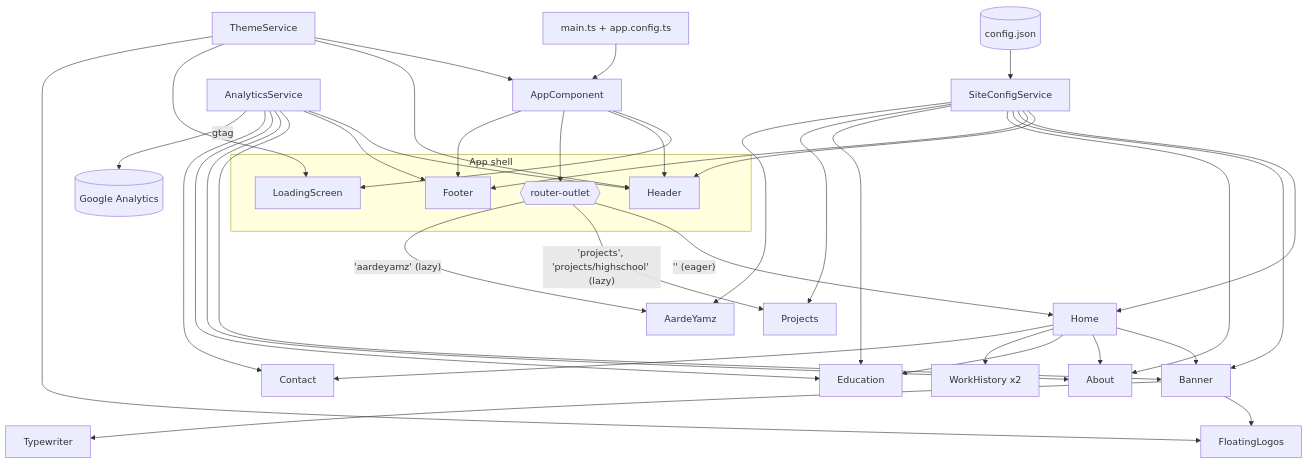
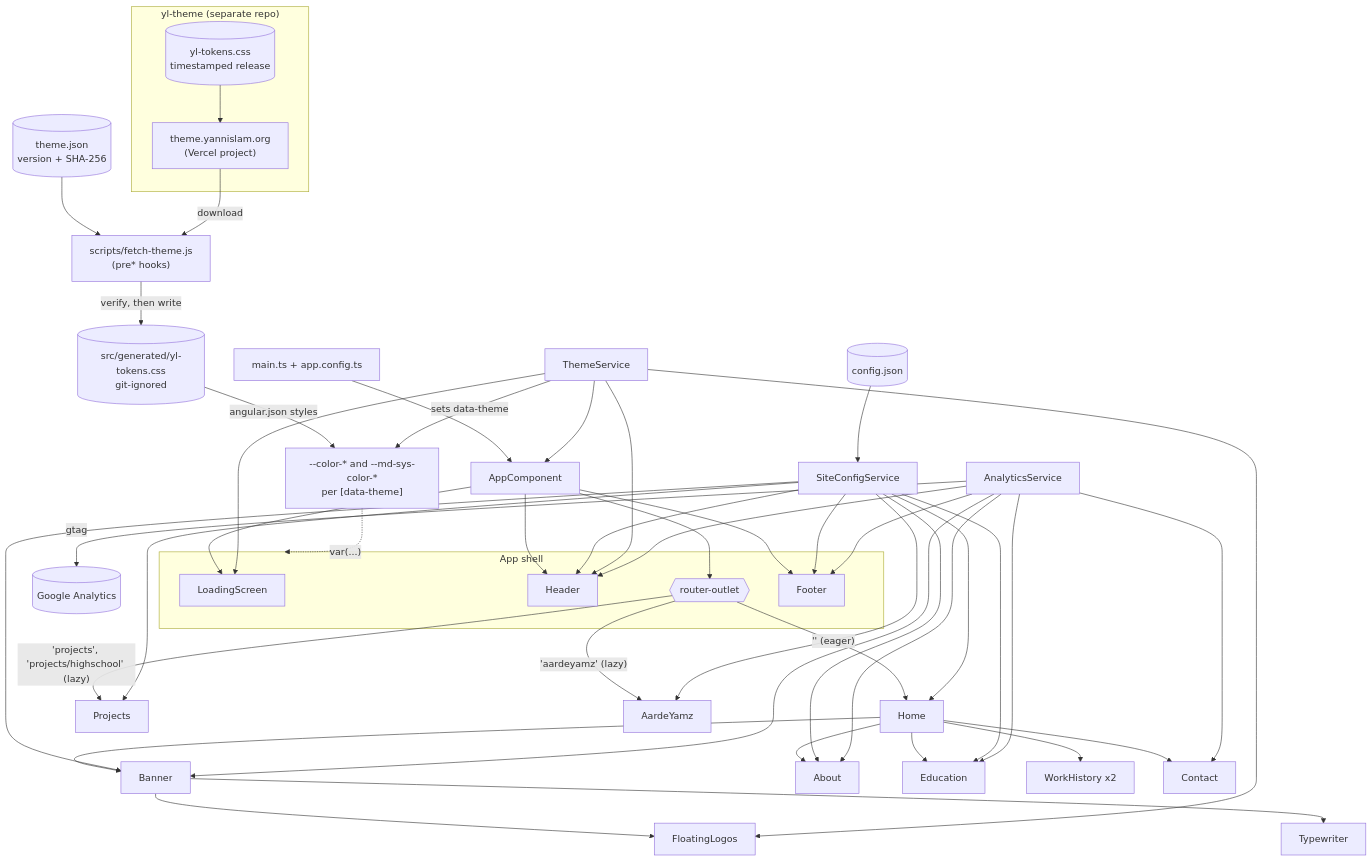
The first of 3 diagrams in README.md (AardeYamz/v3.yannislam.org), drawn with Mermaid before and after one commit. The commit also changed other lines of this file, not shown here.

Commit message:
README: show the yl-theme dependency in the architecture diagrams
The component diagram now shows theme.json, scripts/fetch-theme.js, the fetched
src/generated/yl-tokens.css and how ThemeService and the tokens meet in
[data-theme]. The CI/CD and DNS diagrams show the build fetching from
theme.yannislam.org, and the DNS table gets a row for it.

````diff
--- a/README.md
+++ b/README.md
@@ -102,27 +102,37 @@
 ```mermaid
 flowchart TB
     Main["main.ts + app.config.ts"] --> App["AppComponent"]
 
     subgraph Shell["App shell"]
         Loading["LoadingScreen"]
         Header
         Outlet{{"router-outlet"}}
         Footer
     end
     App --> Loading & Header & Outlet & Footer
 
     Outlet -->|"'' (eager)"| Home
     Outlet -->|"'projects', 'projects/highschool' (lazy)"| Projects
     Outlet -->|"'aardeyamz' (lazy)"| AardeYamz
 
     Home --> Banner & About & Education & Work["WorkHistory x2"] & Contact
     Banner --> Floating["FloatingLogos"] & Typewriter
 
     Config[("config.json")] --> SiteConfig["SiteConfigService"]
     SiteConfig --> Header & Footer & Home & Banner & About & Education & Projects & AardeYamz
 
     Theme["ThemeService"] --> App & Header & Loading & Floating
 
+    subgraph ThemeRepo["yl-theme (separate repo)"]
+        Tokens[("yl-tokens.css<br/>timestamped release")] --> ThemeHost["theme.yannislam.org<br/>(Vercel project)"]
+    end
+    Pin[("theme.json<br/>version + SHA-256")] --> Fetch["scripts/fetch-theme.js<br/>(pre* hooks)"]
+    ThemeHost -->|"download"| Fetch
+    Fetch -->|"verify, then write"| Generated[("src/generated/yl-tokens.css<br/>git-ignored")]
+    Generated -->|"angular.json styles"| CSS["--color-* and --md-sys-color-*<br/>per [data-theme]"]
+    Theme -->|"sets data-theme"| CSS
+    CSS -.->|"var(...)"| Shell
+
     Analytics["AnalyticsService"] --> Header & Footer & Banner & About & Education & Contact
     Analytics -->|"gtag"| GA[("Google Analytics")]
 ```
````
